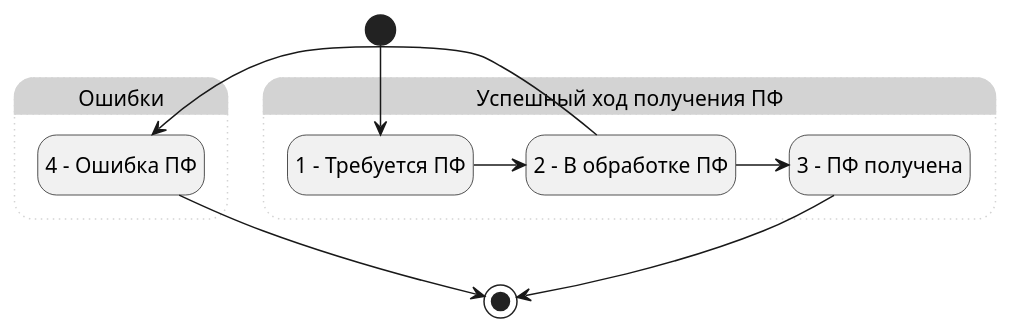
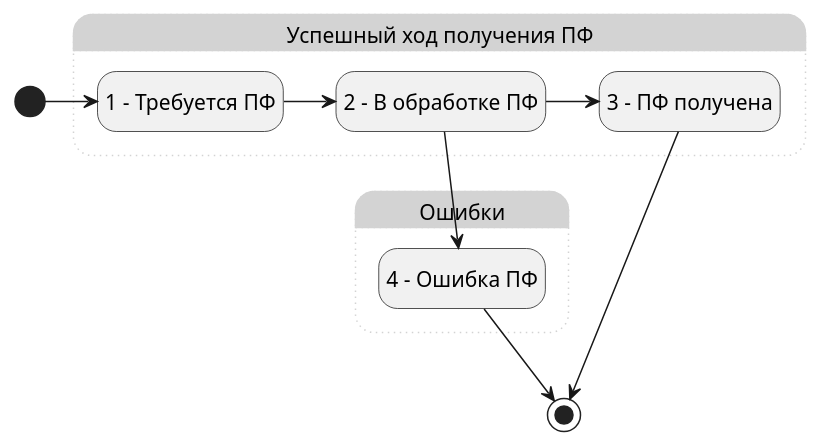
One commit to citpb/platform-astral-schemes changed the diagram in udo_plojdf_statuses_printform.puml. Above: the diagram before and after it, drawn with PlantUML.

Commit message:
Update udo_plojdf_statuses_printform.puml
Улучшена компоновка частей на схеме.

```diff
--- a/udo_plojdf_statuses_printform.puml
+++ b/udo_plojdf_statuses_printform.puml
@@ -1,24 +1,24 @@
 @startuml
 hide empty description
 
 state "Успешный ход получения ПФ" as Saccess #LightGray;line.dotted;line:LightGray {
     state "1 - Требуется ПФ" as State1
     state "2 - В обработке ПФ" as State2  
     state "3 - ПФ получена" as State3
 }
 state "Ошибки" as Errors #LightGray;line.dotted;line:LightGray {
     state "4 - Ошибка ПФ" as State4
 }
 
-[*] --> State1
+[*] -> State1
 
 State1 -> State2
 
 State2 -> State3
-State2 -> State4
+State2 --> State4
 
 State4 --> [*]
 
 State3 --> [*]
 
 @enduml
```
